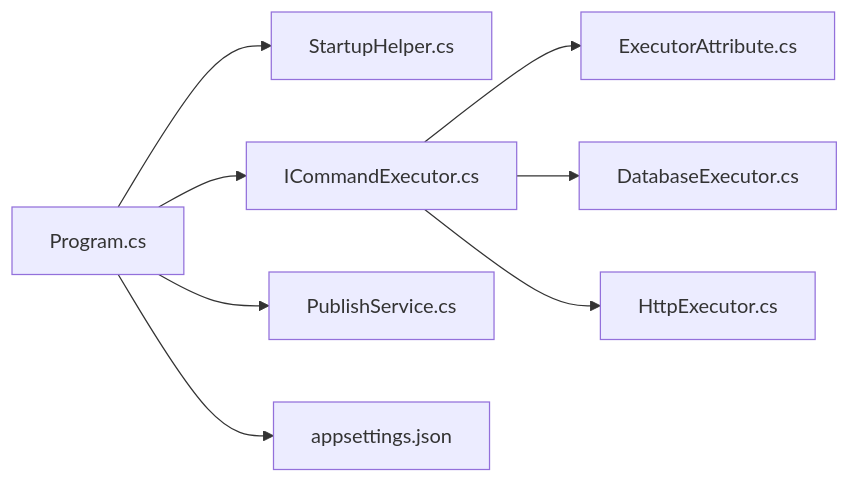
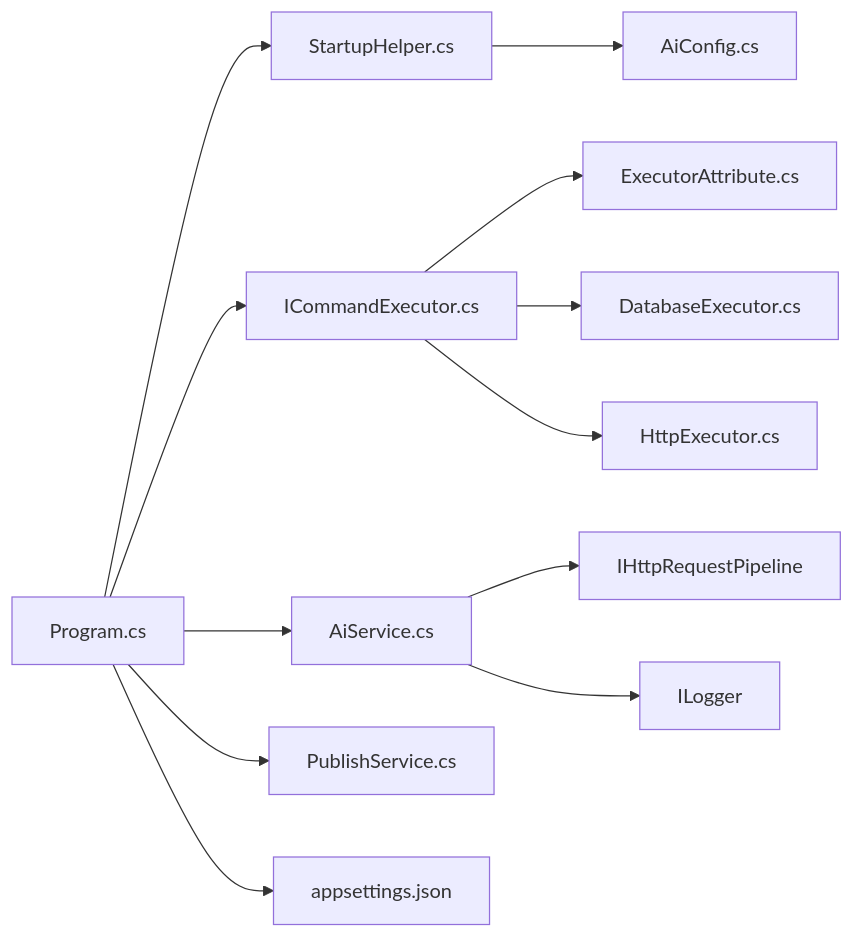
Before and after one commit to Sosososolong/AirGo: the fifth of 5 diagrams in .qoder/repowiki/zh/content/核心架构设计/依赖注入容器.md, drawn with Mermaid. The commit also changed other lines of this file and 12 other files, not shown here.

````diff
--- a/.qoder/repowiki/zh/content/核心架构设计/依赖注入容器.md
+++ b/.qoder/repowiki/zh/content/核心架构设计/依赖注入容器.md
@@ -245,10 +311,14 @@
 ```mermaid
 graph LR
 Program["Program.cs"] --> Helper["StartupHelper.cs"]
 Program --> Exec["ICommandExecutor.cs"]
+Program --> AiService["AiService.cs"]
+Helper --> AiConfig["AiConfig.cs"]
 Exec --> Attr["ExecutorAttribute.cs"]
 Exec --> DBEx["DatabaseExecutor.cs"]
 Exec --> HttpEx["HttpExecutor.cs"]
 Program --> BG["PublishService.cs"]
 Program --> Cfg["appsettings.json"]
+AiService --> Pipeline["IHttpRequestPipeline"]
+AiService --> Logger["ILogger"]
 ```
````
